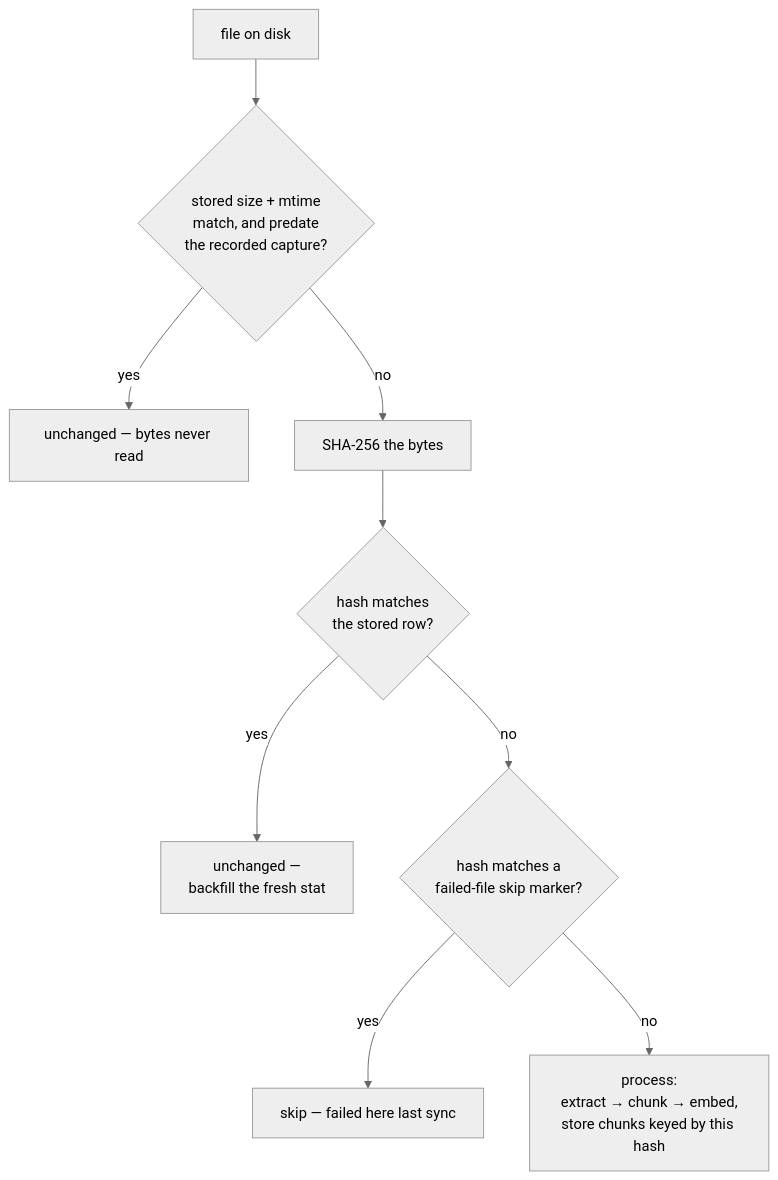
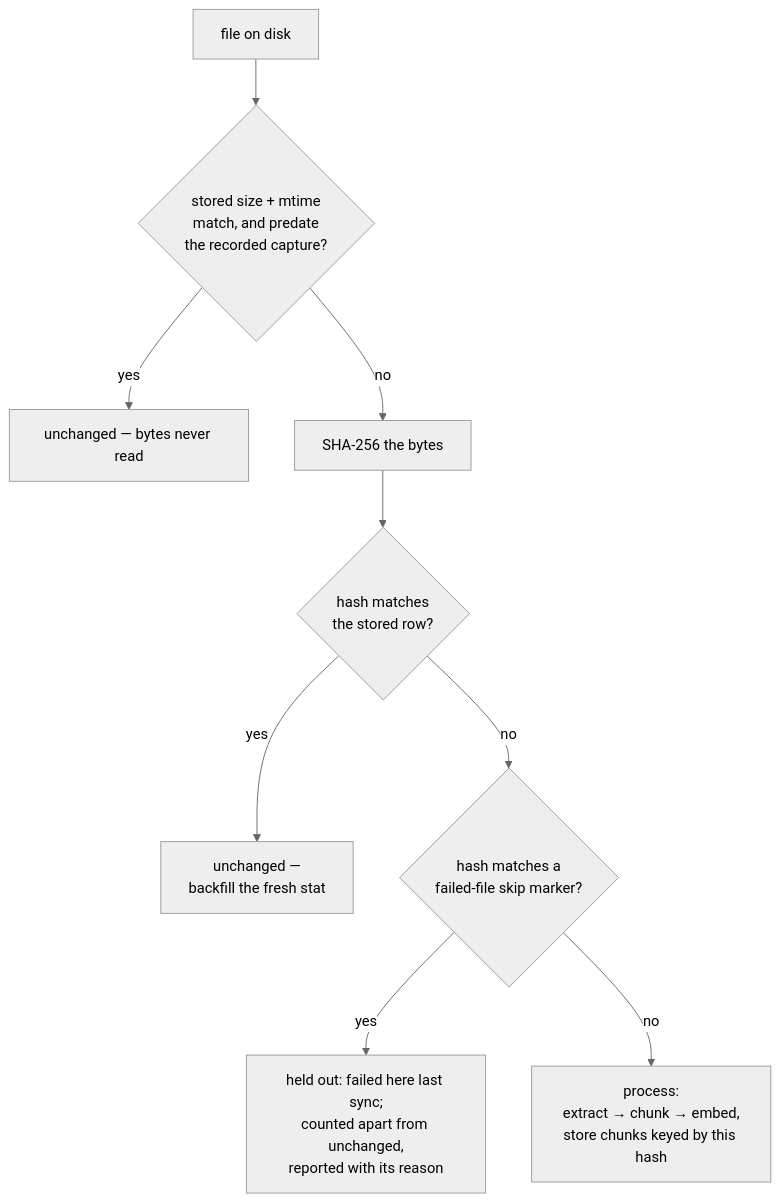
One commit to tobocop2/lilbee changed the second of 15 diagrams in docs/architecture.md. Above: the diagram before and after it, drawn with Mermaid (neutral theme). The commit also changed other lines of this file and 88 other files, not shown here.

````diff
--- a/docs/architecture.md
+++ b/docs/architecture.md
@@ -120,11 +120,11 @@
 ```mermaid
 flowchart TD
     F["file on disk"] --> ST{"stored size + mtime<br/>match, and predate<br/>the recorded capture?"}
     ST -->|yes| U["unchanged — bytes never read"]
     ST -->|no| H["SHA-256 the bytes"]
     H --> HC{"hash matches<br/>the stored row?"}
     HC -->|yes| BF["unchanged —<br/>backfill the fresh stat"]
     HC -->|no| SK{"hash matches a<br/>failed-file skip marker?"}
-    SK -->|yes| SKIP["skip — failed here last sync"]
+    SK -->|yes| SKIP["held out: failed here last sync;<br/>counted apart from unchanged,<br/>reported with its reason"]
     SK -->|no| PR["process:<br/>extract → chunk → embed,<br/>store chunks keyed by this hash"]
 ```
````
